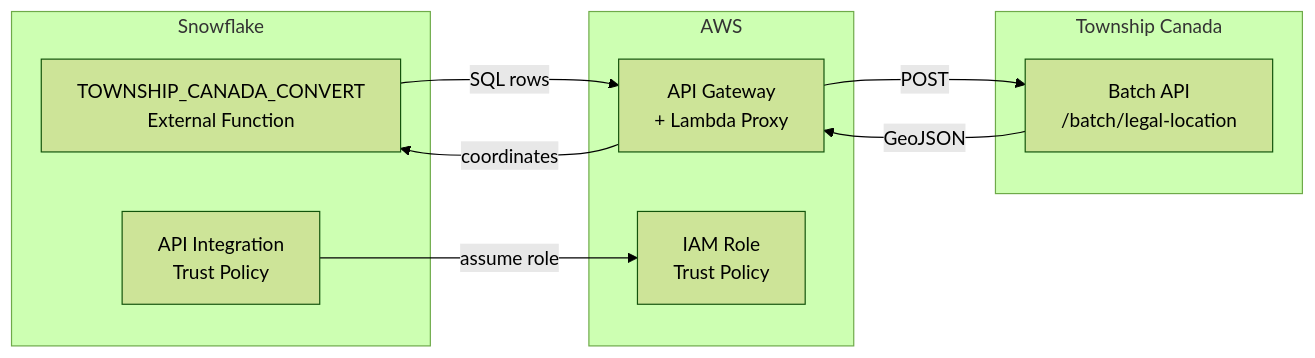
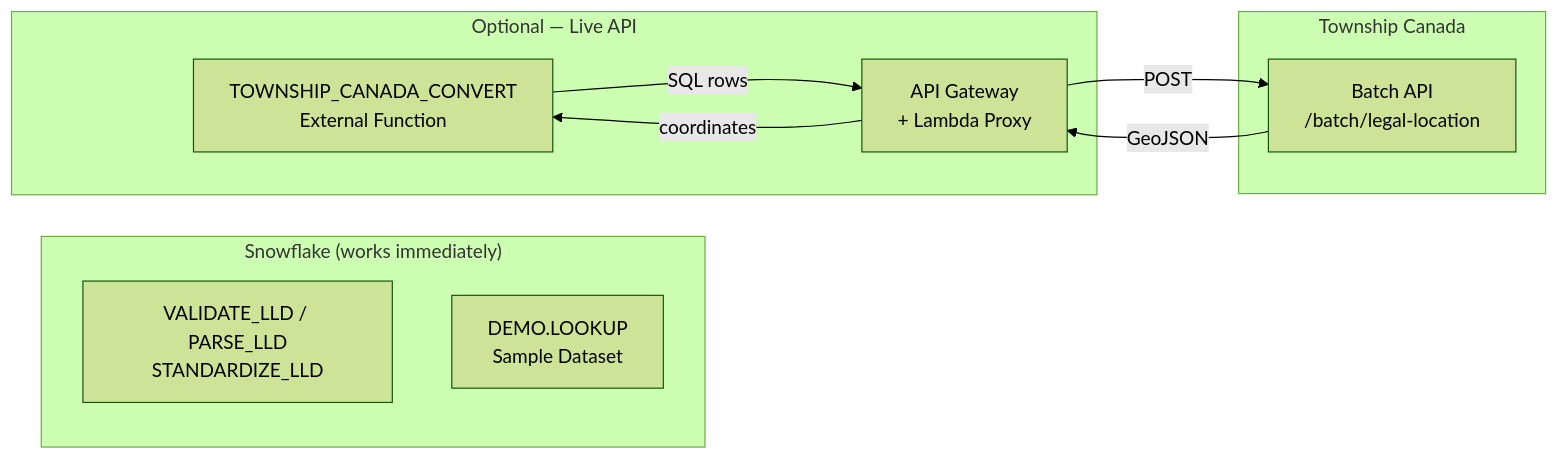
Before and after one commit to townshipcanada/snowflake-native-app: the diagram in README.md, drawn with Mermaid (forest theme). The commit also changed other lines of this file and 3 other files, not shown here.

````diff
--- a/README.md
+++ b/README.md
@@ -26,22 +57,21 @@
 ```mermaid
 graph LR
-    subgraph Snowflake
-        EF[TOWNSHIP_CANADA_CONVERT<br/>External Function]
-        AI[API Integration<br/>Trust Policy]
+    subgraph Snowflake ["Snowflake (works immediately)"]
+        VL[VALIDATE_LLD / PARSE_LLD<br/>STANDARDIZE_LLD]
+        DM[DEMO.LOOKUP<br/>Sample Dataset]
     end
 
-    subgraph AWS
+    subgraph Optional ["Optional — Live API"]
+        EF[TOWNSHIP_CANADA_CONVERT<br/>External Function]
         AG[API Gateway<br/>+ Lambda Proxy]
-        IAM[IAM Role<br/>Trust Policy]
     end
 
-    subgraph Township Canada
+    subgraph TC [Township Canada]
         API[Batch API<br/>/batch/legal-location]
     end
 
     EF -->|SQL rows| AG
     AG -->|POST| API
     API -->|GeoJSON| AG
     AG -->|coordinates| EF
-    AI -->|assume role| IAM
 ```
````
